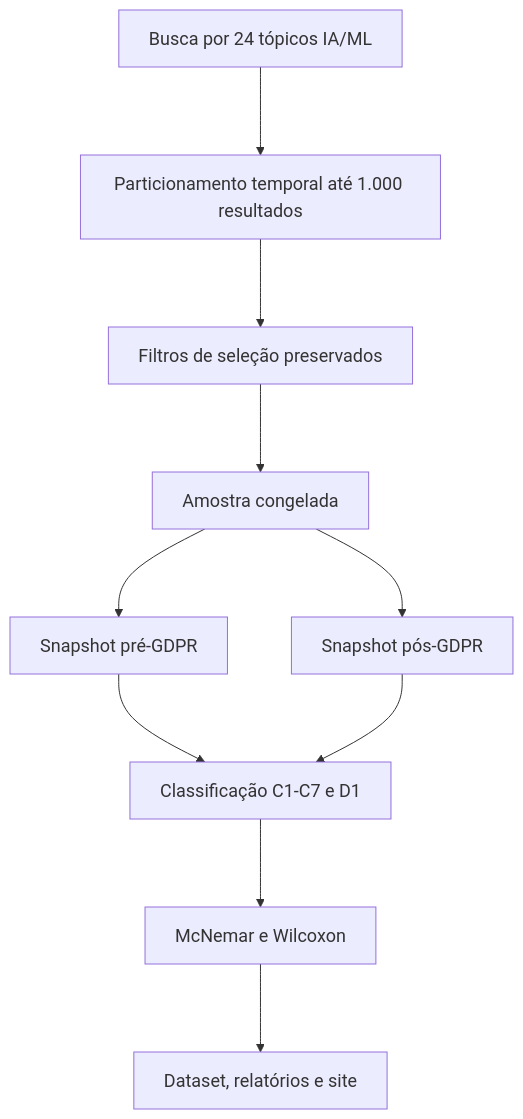
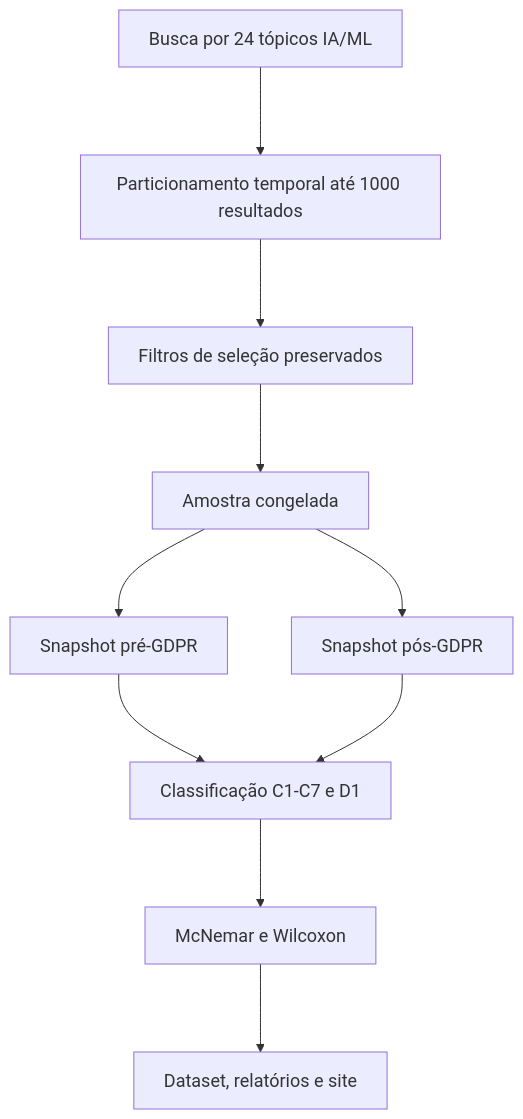
Before and after one commit to diegopn/github-ai-ml-privacy-documentation-gdpr: the diagram in index.qmd, drawn with Mermaid. The commit also changed other lines of this file and 75 other files, not shown here.

````diff
--- a/index.qmd
+++ b/index.qmd
@@ -221,13 +306,13 @@
 ```{mermaid}
 %%{init: {"themeVariables": {"fontSize": "18px", "fontFamily": "Montserrat, Arial, sans-serif"}, "flowchart": {"nodeSpacing": 64, "rankSpacing": 88, "diagramPadding": 28, "wrappingWidth": 300, "minNodeWidth": 280}}}%%
 flowchart TD
-  A[Busca por 24 tópicos IA/ML] --> B[Particionamento temporal até 1.000 resultados]
+  A[Busca por 24 tópicos IA/ML] --> B[Particionamento temporal até 1000 resultados]
   B --> C[Filtros de seleção preservados]
   C --> D[Amostra congelada]
   D --> E[Snapshot pré-GDPR]
   D --> F[Snapshot pós-GDPR]
   E --> G[Classificação C1-C7 e D1]
   F --> G
   G --> H[McNemar e Wilcoxon]
   H --> I[Dataset, relatórios e site]
 ```
````
